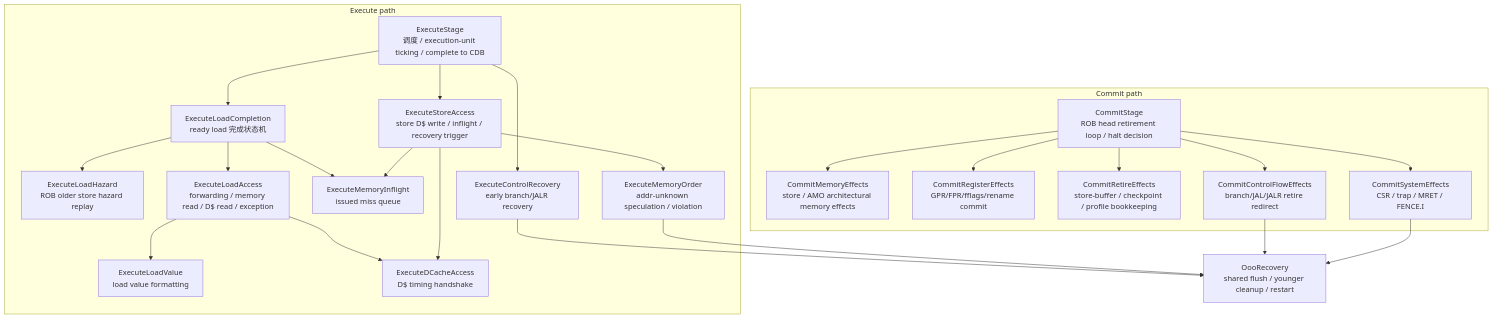
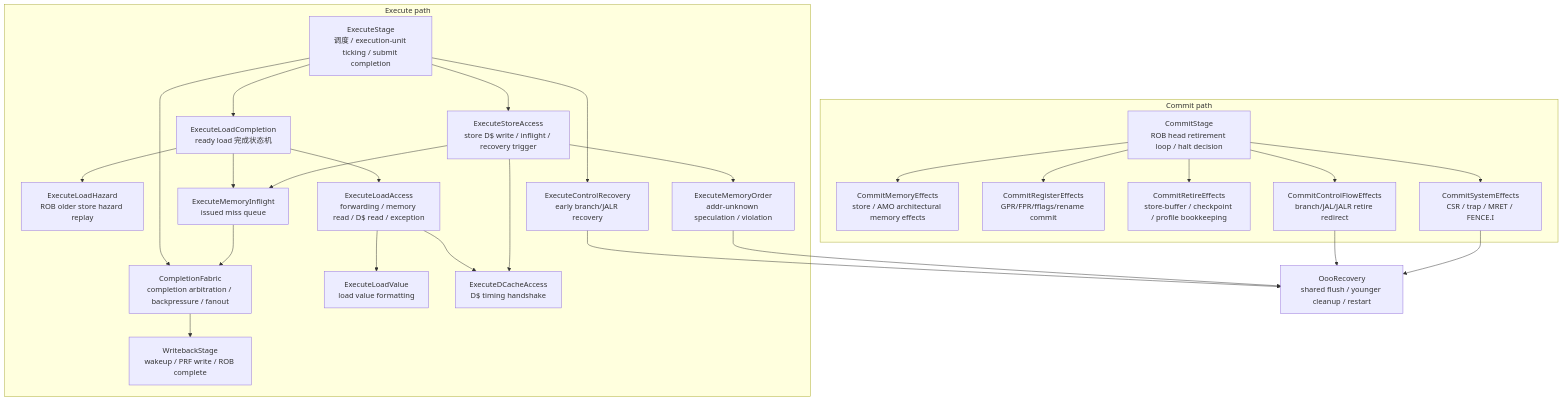
Before and after one commit to jensen-yan/risc-v-simulator: the fourth of 4 diagrams in ARCHITECTURE.md, drawn with Mermaid. The commit also changed other lines of this file and 30 other files, not shown here.

First line of the commit message:
refactor: 引入 OOO Completion Fabric 建模完成反压

````diff
--- a/ARCHITECTURE.md
+++ b/ARCHITECTURE.md
@@ -123,48 +123,53 @@
 ```mermaid
 flowchart TD
   subgraph Execute["Execute path"]
-    ES["ExecuteStage\n调度 / execution-unit ticking / complete to CDB"]
+    ES["ExecuteStage\n调度 / execution-unit ticking / submit completion"]
+    CF["CompletionFabric\ncompletion arbitration / backpressure / fanout"]
+    WS["WritebackStage\nwakeup / PRF write / ROB complete"]
     ELC["ExecuteLoadCompletion\nready load 完成状态机"]
     ELH["ExecuteLoadHazard\nROB older store hazard replay"]
     ELA["ExecuteLoadAccess\nforwarding / memory read / D$ read / exception"]
     ELV["ExecuteLoadValue\nload value formatting"]
     ESA["ExecuteStoreAccess\nstore D$ write / inflight / recovery trigger"]
     EDC["ExecuteDCacheAccess\nD$ timing handshake"]
     EMI["ExecuteMemoryInflight\nissued miss queue"]
     EMO["ExecuteMemoryOrder\naddr-unknown speculation / violation"]
     ECR["ExecuteControlRecovery\nearly branch/JALR recovery"]
   end
 
   subgraph Commit["Commit path"]
     CS["CommitStage\nROB head retirement loop / halt decision"]
     CME["CommitMemoryEffects\nstore / AMO architectural memory effects"]
     CRE["CommitRegisterEffects\nGPR/FPR/fflags/rename commit"]
     CRT["CommitRetireEffects\nstore-buffer / checkpoint / profile bookkeeping"]
     CCF["CommitControlFlowEffects\nbranch/JAL/JALR retire redirect"]
     CSE["CommitSystemEffects\nCSR / trap / MRET / FENCE.I"]
   end
 
   REC["OooRecovery\nshared flush / younger cleanup / restart"]
 
   ES --> ELC
+  ES --> CF
   ELC --> ELH
   ELC --> ELA
   ELA --> ELV
   ELA --> EDC
   ELC --> EMI
   ES --> ESA
   ESA --> EDC
   ESA --> EMI
   ESA --> EMO
   ES --> ECR
+  EMI --> CF
+  CF --> WS
   ECR --> REC
   EMO --> REC
 
   CS --> CME
   CS --> CRE
   CS --> CRT
   CS --> CCF
   CS --> CSE
   CCF --> REC
   CSE --> REC
 ```
````
